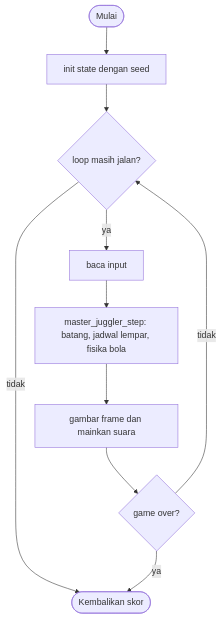
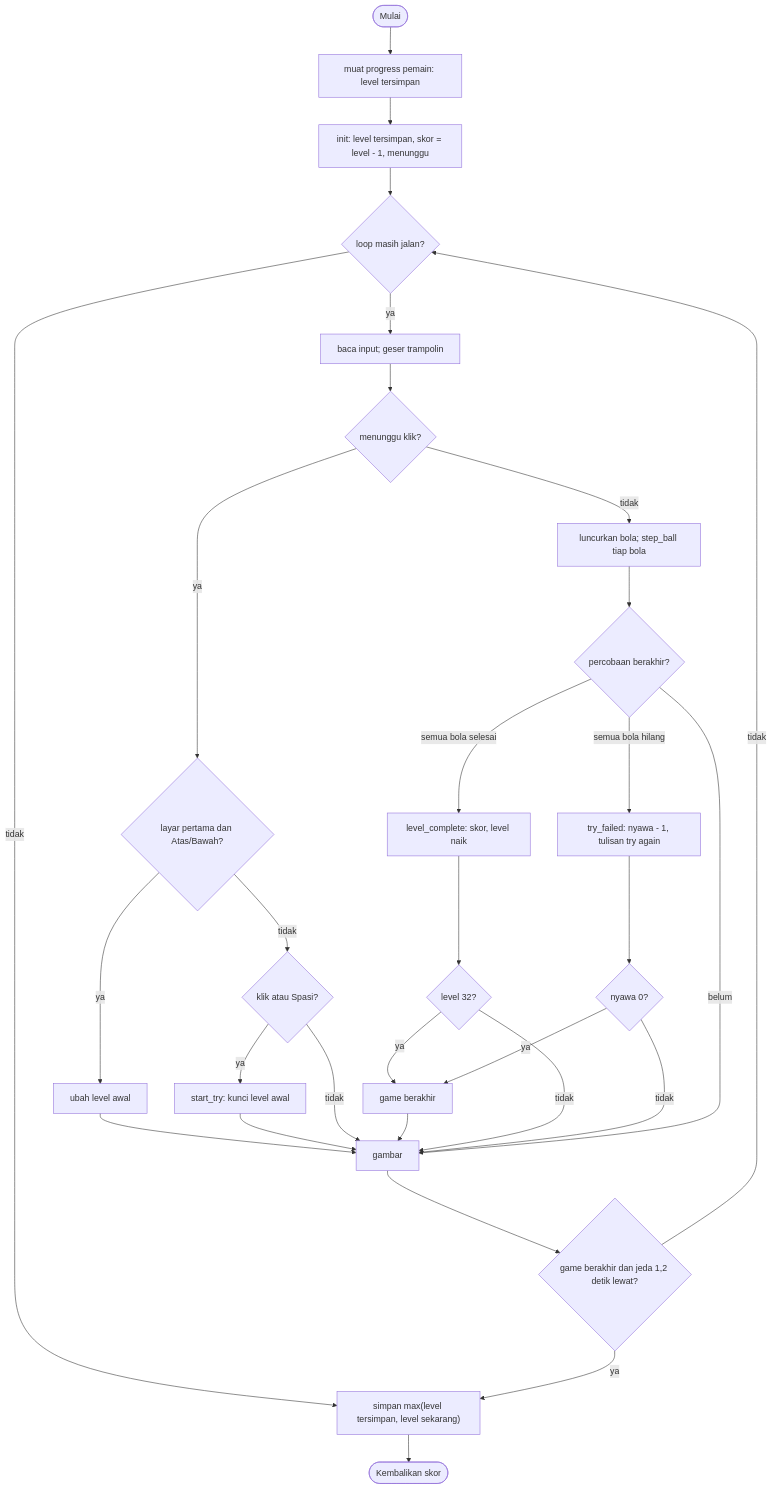
The diagram in deferred/master_juggler/GAME.md (Hachimney/arCade), drawn with Mermaid before and after one commit. The commit also changed other lines of this file and 8 other files, not shown here.

````diff
--- a/deferred/master_juggler/GAME.md
+++ b/deferred/master_juggler/GAME.md
@@ -142,12 +251,26 @@
 ```mermaid
 flowchart TD
-    A([Mulai]) --> B["init state dengan seed"]
-    B --> C{"loop masih jalan?"}
-    C -- tidak --> Z([Kembalikan skor])
-    C -- ya --> D[baca input]
-    D --> E["master_juggler_step: batang, jadwal lempar, fisika bola"]
-    E --> F[gambar frame dan mainkan suara]
-    F --> G{"game over?"}
-    G -- tidak --> C
-    G -- ya --> Z
+    A([Mulai]) --> B["muat progress pemain: level tersimpan"]
+    B --> C["init: level tersimpan, skor = level - 1, menunggu"]
+    C --> D{"loop masih jalan?"}
+    D -- tidak --> S["simpan max(level tersimpan, level sekarang)"] --> Z([Kembalikan skor])
+    D -- ya --> E[baca input; geser trampolin]
+    E --> F{"menunggu klik?"}
+    F -- ya --> G{"layar pertama dan Atas/Bawah?"}
+    G -- ya --> H[ubah level awal] --> L
+    G -- tidak --> I{"klik atau Spasi?"}
+    I -- ya --> J["start_try: kunci level awal"] --> L
+    I -- tidak --> L[gambar]
+    F -- tidak --> K[luncurkan bola; step_ball tiap bola]
+    K --> M{"percobaan berakhir?"}
+    M -- "semua bola selesai" --> N["level_complete: skor, level naik"] --> O{"level 32?"}
+    O -- ya --> P[game berakhir] --> L
+    O -- tidak --> L
+    M -- "semua bola hilang" --> Q["try_failed: nyawa - 1, tulisan try again"] --> R{"nyawa 0?"}
+    R -- ya --> P
+    R -- tidak --> L
+    M -- belum --> L
+    L --> T{"game berakhir dan jeda 1,2 detik lewat?"}
+    T -- ya --> S
+    T -- tidak --> D
 ```
````
